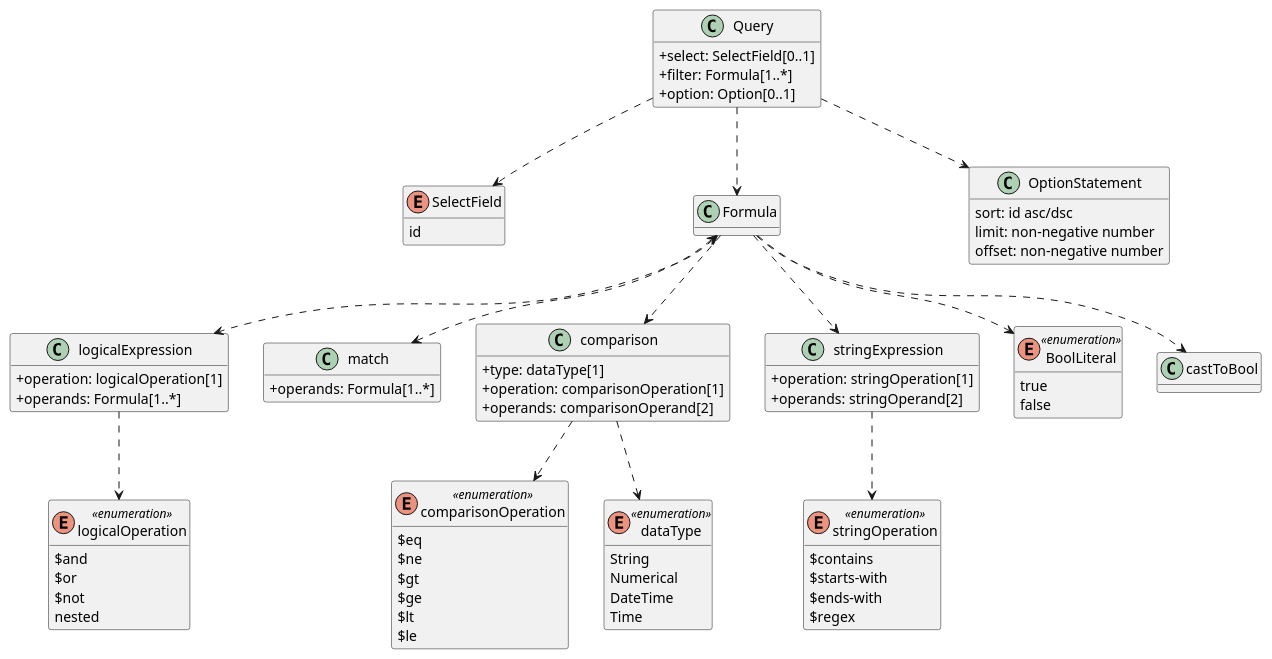
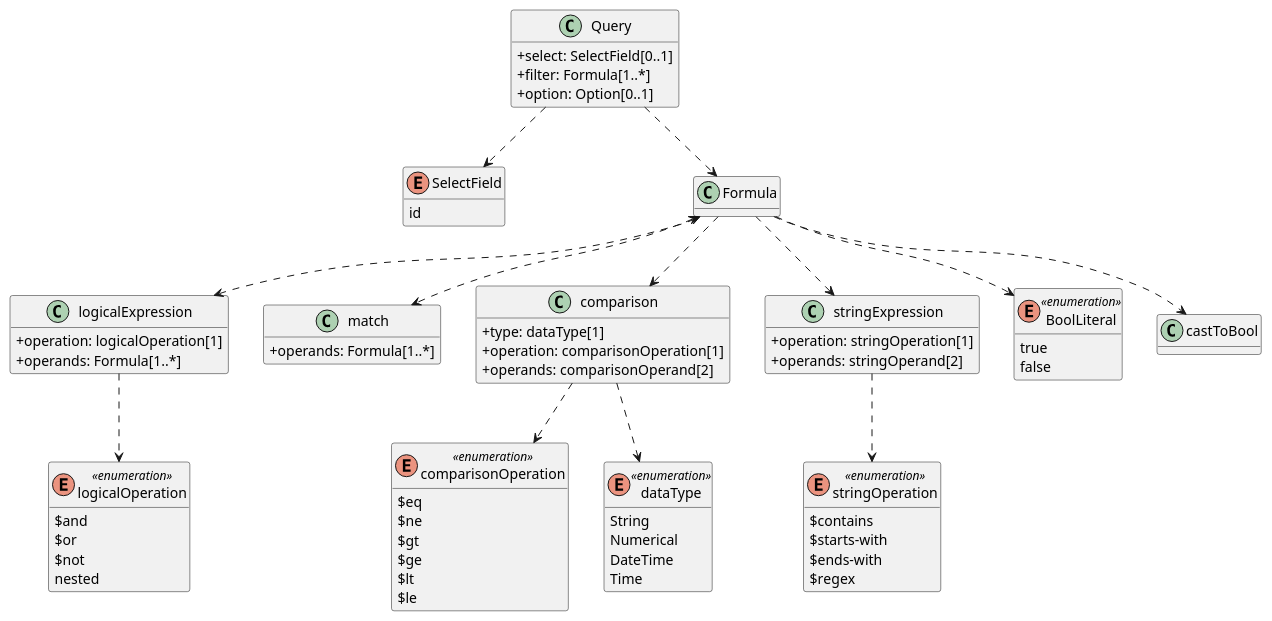
The diagram in documentation/IDTA-01002-3/modules/ROOT/images/plantuml/query-language-overview.puml (admin-shell-io/aas-specs-api), drawn with PlantUML before and after one commit. The commit also changed 3 other files, not shown here.

```diff
--- a/documentation/IDTA-01002-3/modules/ROOT/images/plantuml/query-language-overview.puml
+++ b/documentation/IDTA-01002-3/modules/ROOT/images/plantuml/query-language-overview.puml
@@ -1,110 +1,102 @@
 @startuml
 !pragma useIntermediatePackages false
 skinparam classAttributeIconSize 0
 
 hide methods 
 
 class Query {
     +select: SelectField[0..1]
     +filter: Formula[1..*]
     +option: Option[0..1]
 }
  
 Query ..> SelectField
 Query ..> Formula
-Query ..> OptionStatement
 
 ' to better arrange the SelectField
 SelectField -r[hidden]- Placeholder1
 Placeholder1 -r[hidden]- Formula
 hide Placeholder1
 
-' to better arrange the OptionStatement
-OptionStatement -l[hidden]- Placeholder2
+' to better arrange the elements
 Placeholder2 -l[hidden]- Formula
 hide Placeholder2
  
 enum SelectField {
      id
-}
-
-class OptionStatement {
-    sort: id asc/dsc
-    limit: non-negative number
-    offset: non-negative number
 }
 
 
   class Formula {
   }
 
   enum logicalOperation <<enumeration>> {
     $and
     $or
     $not
     nested
   }
 
   class logicalExpression {
     +operation: logicalOperation[1]
     +operands: Formula[1..*]
   }
 
   class match {
     +operands: Formula[1..*]
   }
 
   enum comparisonOperation <<enumeration>> {
     $eq
     $ne
     $gt
     $ge
     $lt
     $le
   }
   enum dataType <<enumeration>> {
     String
     Numerical
     DateTime
     Time
   }
   class comparison {
     +type: dataType[1]
     +operation: comparisonOperation[1]
     +operands: comparisonOperand[2]
   }
 
   enum stringOperation <<enumeration>> {
     $contains
     $starts-with
     $ends-with
     $regex
   }
   class stringExpression {
     +operation: stringOperation[1]
     +operands: stringOperand[2]
   }
 
   enum BoolLiteral <<enumeration>> {
     true
     false
   }
   class castToBool {}
 
   Formula <.d.> logicalExpression
   logicalExpression ..> logicalOperation
   stringExpression ..> stringOperation
   Formula ..> comparison
   Formula <..> match
   comparison ..> dataType
   comparison ..> comparisonOperation
   Formula ..> stringExpression
   Formula .d.> castToBool
   Formula .d.> BoolLiteral
 
 'for better arrangements of the classes below Formula
 ' match .l[hidden]. comparison
 
 
 
 @enduml
```
